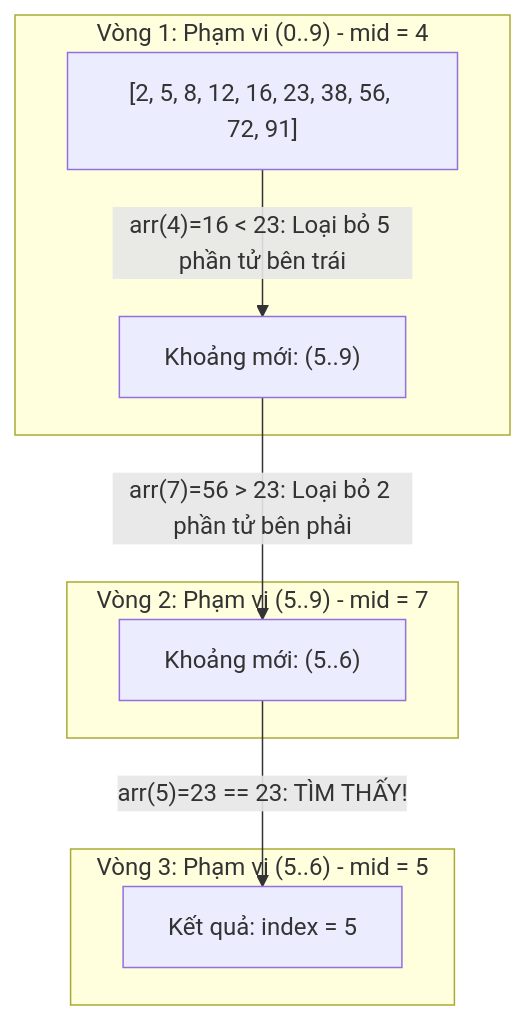
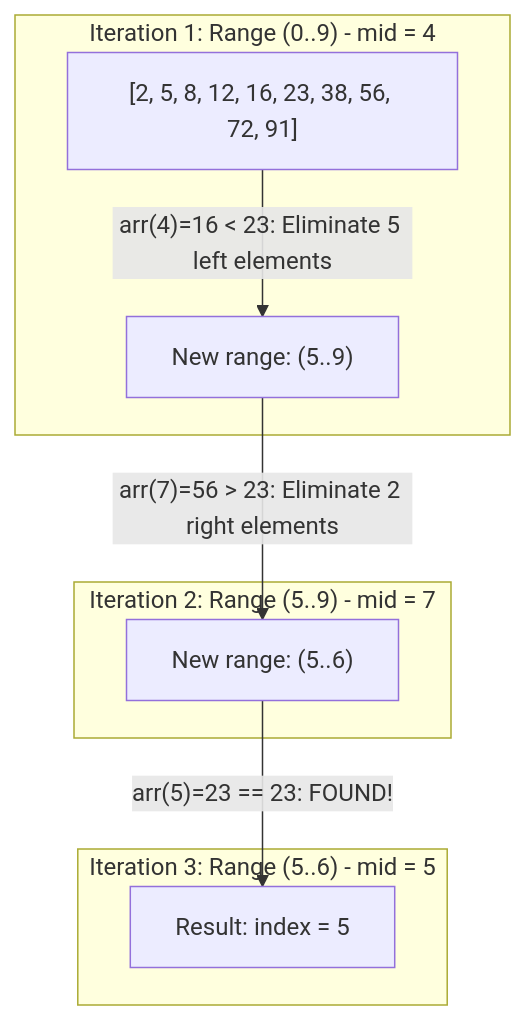
Before and after one commit to ga2631/ga2631.github.io: the diagram in src/data/blog/en/32-2026-06-04-binary-search-divide-and-conquer-cpp-implementation.md, drawn with Mermaid. The commit also changed other lines of this file and 74 other files, not shown here.

````diff
--- a/src/data/blog/en/32-2026-06-04-binary-search-divide-and-conquer-cpp-implementation.md
+++ b/src/data/blog/en/32-2026-06-04-binary-search-divide-and-conquer-cpp-implementation.md
@@ -49,12 +49,12 @@
 ```mermaid
 flowchart TD
-    subgraph Iteration1 ["Vòng 1: Phạm vi (0..9) - mid = 4"]
-        A1["[2, 5, 8, 12, 16, 23, 38, 56, 72, 91]"] -->|"arr(4)=16 < 23: Loại bỏ 5 phần tử bên trái"| A2["Khoảng mới: (5..9)"]
+    subgraph Iteration1 ["Iteration 1: Range (0..9) - mid = 4"]
+        A1["[2, 5, 8, 12, 16, 23, 38, 56, 72, 91]"] -->|"arr(4)=16 < 23: Eliminate 5 left elements"| A2["New range: (5..9)"]
     end
-    subgraph Iteration2 ["Vòng 2: Phạm vi (5..9) - mid = 7"]
-        A2 -->|"arr(7)=56 > 23: Loại bỏ 2 phần tử bên phải"| A3["Khoảng mới: (5..6)"]
+    subgraph Iteration2 ["Iteration 2: Range (5..9) - mid = 7"]
+        A2 -->|"arr(7)=56 > 23: Eliminate 2 right elements"| A3["New range: (5..6)"]
     end
-    subgraph Iteration3 ["Vòng 3: Phạm vi (5..6) - mid = 5"]
-        A3 -->|"arr(5)=23 == 23: TÌM THẤY!"| A4["Kết quả: index = 5"]
+    subgraph Iteration3 ["Iteration 3: Range (5..6) - mid = 5"]
+        A3 -->|"arr(5)=23 == 23: FOUND!"| A4["Result: index = 5"]
     end
 ```
````
